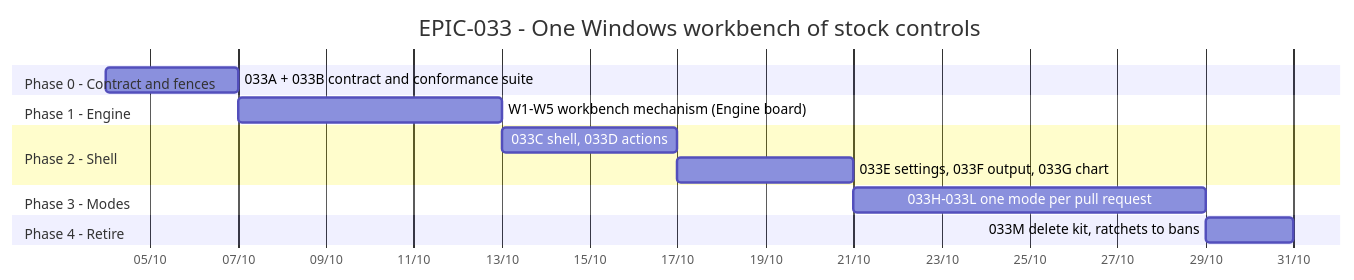
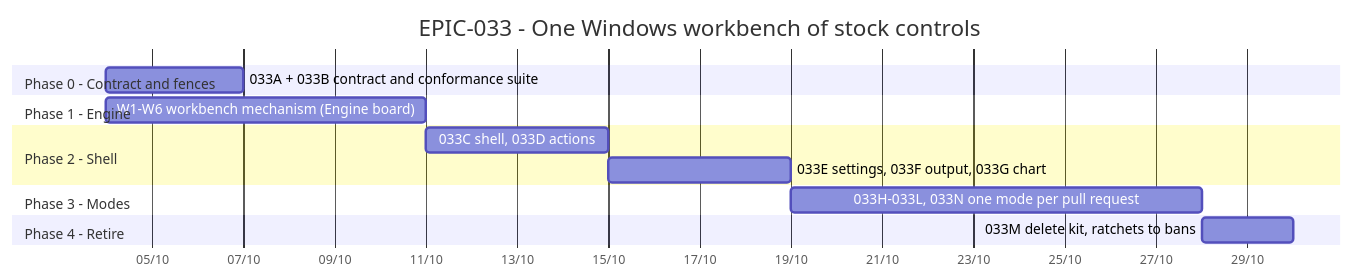
One commit to anhembedded/Sagittarius_Elite_Warrior changed the diagram in Tasks/epics/EPIC-033_windows_workbench/TRACKING.md. Above: the diagram before and after it, drawn with Mermaid. The commit also changed other lines of this file and 8 other files, not shown here.

````diff
--- a/Tasks/epics/EPIC-033_windows_workbench/TRACKING.md
+++ b/Tasks/epics/EPIC-033_windows_workbench/TRACKING.md
@@ -12,18 +12,18 @@
 ```mermaid
 gantt
     title EPIC-033 - One Windows workbench of stock controls
     dateFormat  YYYY-MM-DD
     axisFormat  %d/%m
 
     section Phase 0 - Contract and fences
     033A + 033B contract and conformance suite :p0, 2026-10-04, 3d
     section Phase 1 - Engine
-    W1-W5 workbench mechanism (Engine board)  :p1, after p0, 6d
+    W1-W6 workbench mechanism (Engine board)  :p1, 2026-10-04, 7d
     section Phase 2 - Shell
     033C shell, 033D actions                  :p2, after p1, 4d
     033E settings, 033F output, 033G chart    :p2b, after p2, 4d
     section Phase 3 - Modes
-    033H-033L one mode per pull request       :p3, after p2b, 8d
+    033H-033L, 033N one mode per pull request :p3, after p2b, 9d
     section Phase 4 - Retire
     033M delete kit, ratchets to bans         :p4, after p3, 2d
 ```
````
